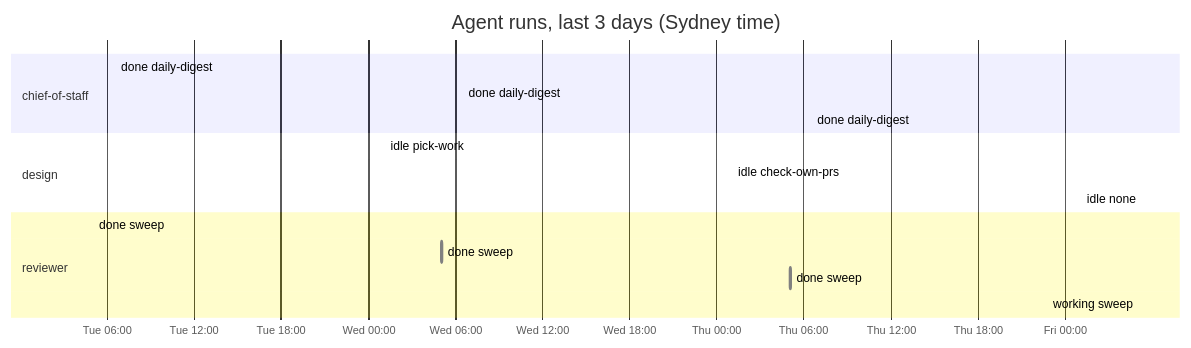
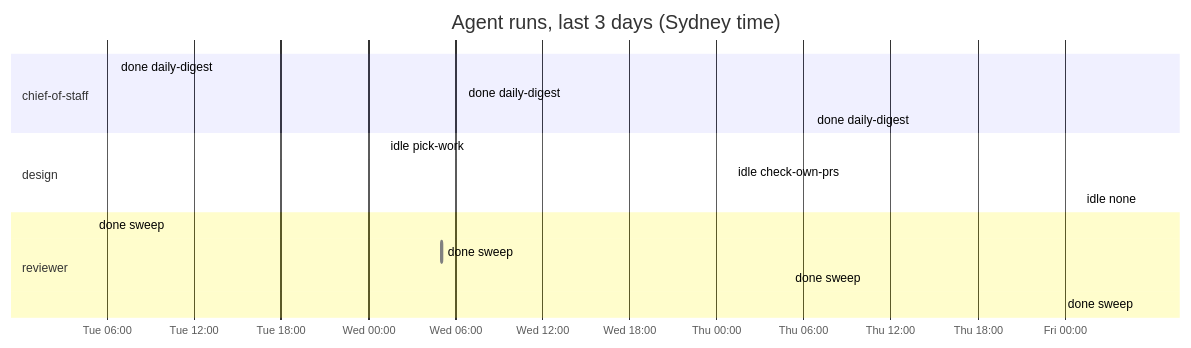
Before and after one commit to roulmediateam-byte/fifteen-expert-hq: the diagram in dashboard.md, drawn with Mermaid. The commit also changed other lines of this file and 1 other file, not shown here.

````diff
--- a/dashboard.md
+++ b/dashboard.md
@@ -54,19 +54,19 @@
 ```mermaid
 gantt
     title Agent runs, last 3 days (Sydney time)
     dateFormat YYYY-MM-DD HH:mm
     axisFormat %a %H:%M
     section chief-of-staff
     done daily-digest :done, 2026-11-24 06:35, 2026-11-24 06:37
     done daily-digest :done, 2026-11-25 06:34, 2026-11-25 06:35
     done daily-digest :done, 2026-11-26 06:35, 2026-11-26 06:36
     section design
     idle pick-work :done, 2026-11-25 01:09, 2026-11-25 01:09
     idle check-own-prs :done, 2026-11-26 01:09, 2026-11-26 01:09
     idle none :done, 2026-11-27 01:08, 2026-11-27 01:09
     section reviewer
     done sweep :done, 2026-11-24 05:05, 2026-11-24 05:06
     done sweep :done, 2026-11-25 05:04, 2026-11-25 05:05
     done sweep :done, 2026-11-26 05:05, 2026-11-26 05:06
-    working sweep :active, 2026-11-27 05:05, 2026-11-27 05:05
+    done sweep :done, 2026-11-27 05:05, 2026-11-27 05:06
 ```
````
